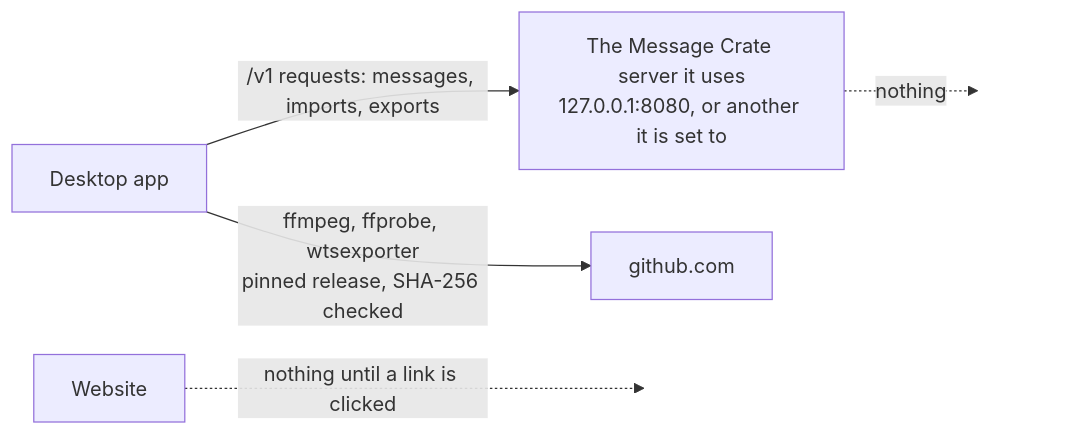
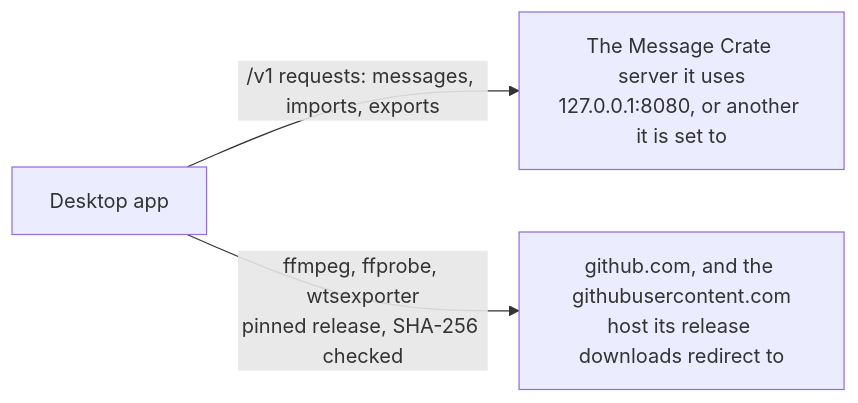
One commit to messagecrate/message-crate changed the diagram in docs/architecture/outbound-connections.md. Above: the diagram before and after it, drawn with Mermaid. The commit also changed other lines of this file and 2 other files, not shown here.

````diff
--- a/docs/architecture/outbound-connections.md
+++ b/docs/architecture/outbound-connections.md
@@ -16,9 +15,5 @@
 ```mermaid
 flowchart LR
     A["Desktop app"] -->|"/v1 requests: messages, imports, exports"| S["The Message Crate server it uses<br/>127.0.0.1:8080, or another it is set to"]
-    A -->|"ffmpeg, ffprobe, wtsexporter<br/>pinned release, SHA-256 checked"| G["github.com"]
-    S -.->|nothing| X1[" "]
-    W["Website"] -.->|nothing until a link is clicked| X2[" "]
-    style X1 fill:none,stroke:none
-    style X2 fill:none,stroke:none
+    A -->|"ffmpeg, ffprobe, wtsexporter<br/>pinned release, SHA-256 checked"| G["github.com, and the githubusercontent.com<br/>host its release downloads redirect to"]
 ```
````
